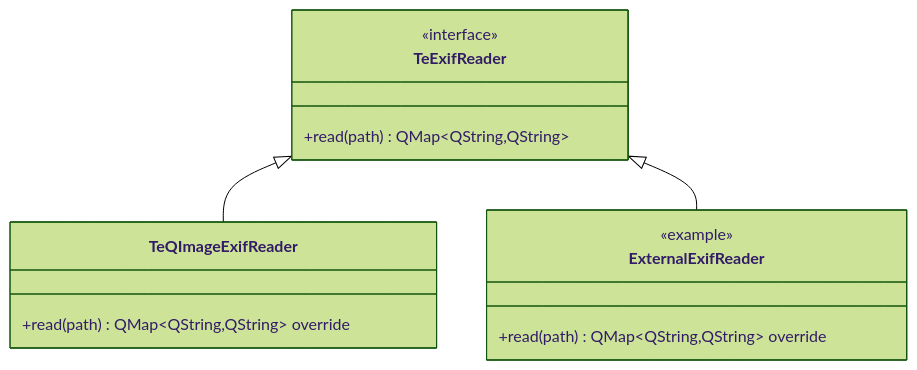
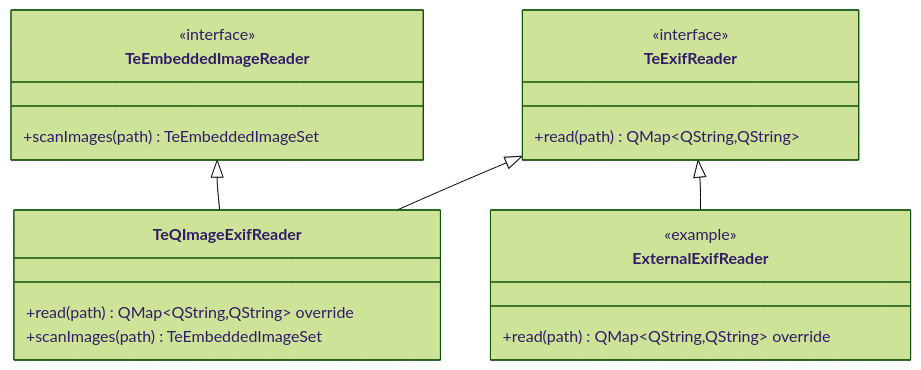
One commit to takashiK/TableEngine changed the diagram in doc/markdown/utils/TeExifReader.md. Above: the diagram before and after it, drawn with Mermaid (forest theme). The commit also changed other lines of this file and 8 other files, not shown here.

Commit message:
[add] support Exif MPF reader

````diff
--- a/doc/markdown/utils/TeExifReader.md
+++ b/doc/markdown/utils/TeExifReader.md
@@ -12,17 +12,23 @@
 ```mermaid
 classDiagram
     class TeExifReader {
         <<interface>>
         +read(path) QMap~QString,QString~
     }
     class TeQImageExifReader {
         +read(path) QMap~QString,QString~ override
+        +scanImages(path) TeEmbeddedImageSet
+    }
+    class TeEmbeddedImageReader {
+        <<interface>>
+        +scanImages(path) TeEmbeddedImageSet
     }
     class ExternalExifReader {
         <<example>>
         +read(path) QMap~QString,QString~ override
     }
 
     TeExifReader <|-- TeQImageExifReader
+    TeEmbeddedImageReader <|-- TeQImageExifReader
     TeExifReader <|-- ExternalExifReader
 ```
````
